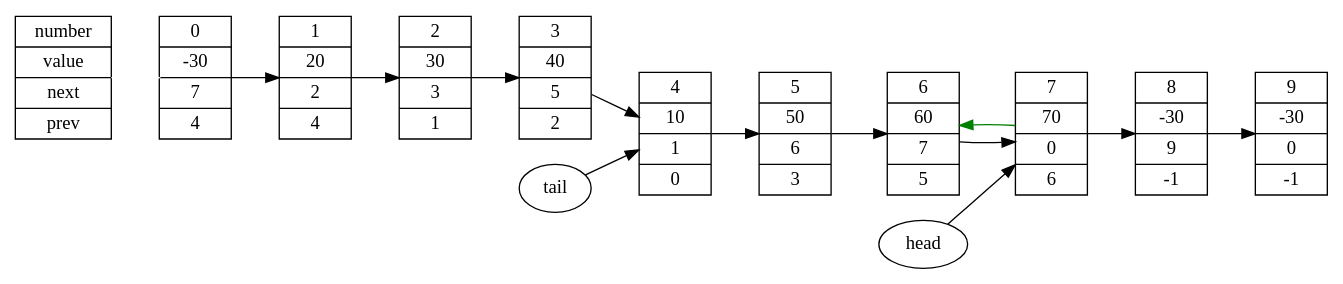
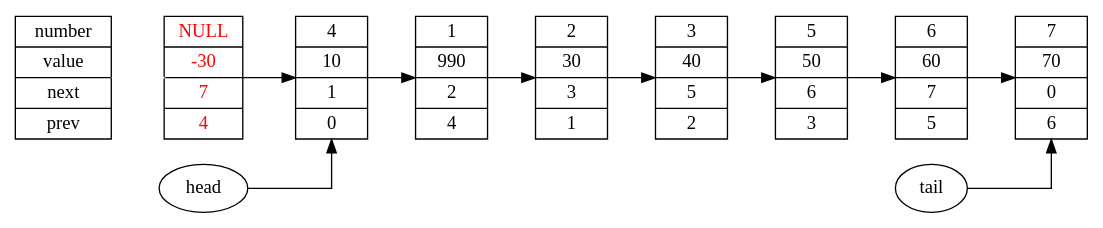
One commit to asbolt/list changed the diagram in dot.dot. Above: the diagram before and after it, drawn with Graphviz. The commit also changed 5 other files, not shown here.

```diff
--- a/dot.dot
+++ b/dot.dot
@@ -1,19 +1,17 @@
 digraph G{
+splines=ortho;
 rankdir=LR;
 list[shape=record,label=" number | value | next | prev"];
-0 [shape=record,label=" 0 | -30 | 7 | 4" ];
-1 [shape=record,label=" 1 | 20 | 2 | 4" ];
+0 [shape=record,label=" NULL | -30 | 7 | 4", fontcolor = red];
+1 [shape=record,label=" 1 | 990 | 2 | 4" ];
 2 [shape=record,label=" 2 | 30 | 3 | 1" ];
 3 [shape=record,label=" 3 | 40 | 5 | 2" ];
 4 [shape=record,label=" 4 | 10 | 1 | 0" ];
 5 [shape=record,label=" 5 | 50 | 6 | 3" ];
 6 [shape=record,label=" 6 | 60 | 7 | 5" ];
 7 [shape=record,label=" 7 | 70 | 0 | 6" ];
-8 [shape=record,label=" 8 | -30 | 9 | -1" ];
-9 [shape=record,label=" 9 | -30 | 0 | -1" ];
 list -> 0[color=white];
-0 -> 1 -> 2 -> 3 -> 4 -> 5 -> 6 -> 7 -> 8 -> 9;
-7 -> 6 [color="green"];
-tail -> 4;
-head -> 7;
+0 -> 4 -> 1 -> 2 -> 3 -> 5 -> 6 -> 7[weight = 1000];
+tail -> 7;
+head -> 4;
 }
```
